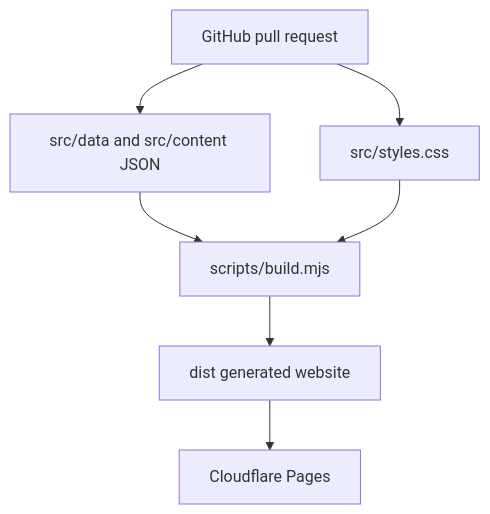
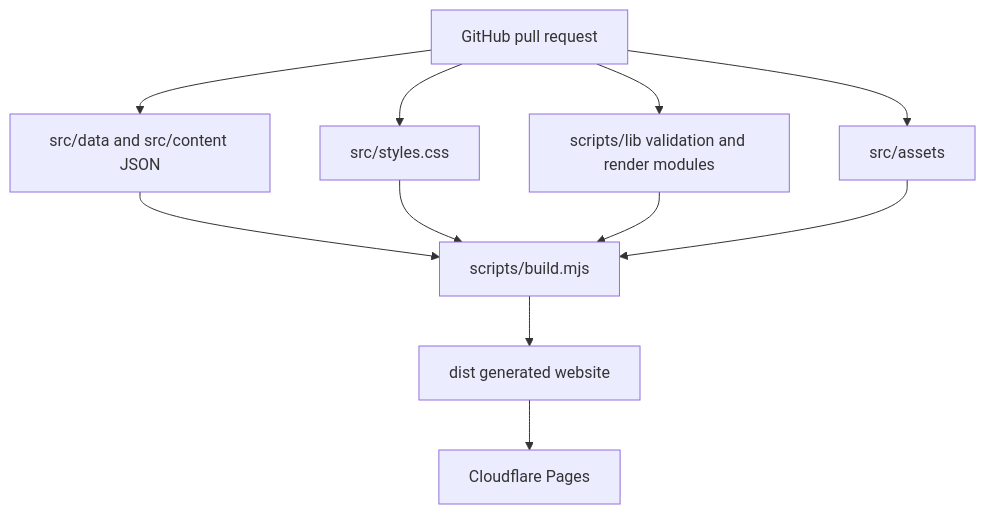
One commit to cpesramos/hiligaynon101 changed the diagram in docs/architecture.md. Above: the diagram before and after it, drawn with Mermaid. The commit also changed other lines of this file and 7 other files, not shown here.

````diff
--- a/docs/architecture.md
+++ b/docs/architecture.md
@@ -16,9 +16,13 @@
 ```mermaid
 flowchart TD
   A["src/data and src/content JSON"] --> B["scripts/build.mjs"]
   C["src/styles.css"] --> B
+  G["scripts/lib validation and render modules"] --> B
+  H["src/assets"] --> B
   B --> D["dist generated website"]
   D --> E["Cloudflare Pages"]
   F["GitHub pull request"] --> A
   F --> C
+  F --> G
+  F --> H
 ```
````
